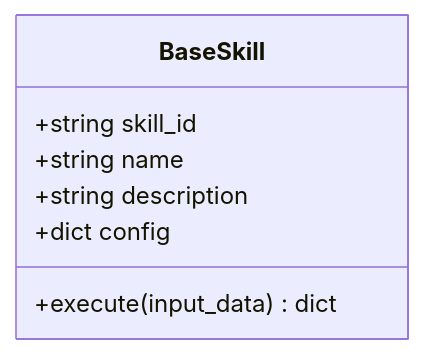
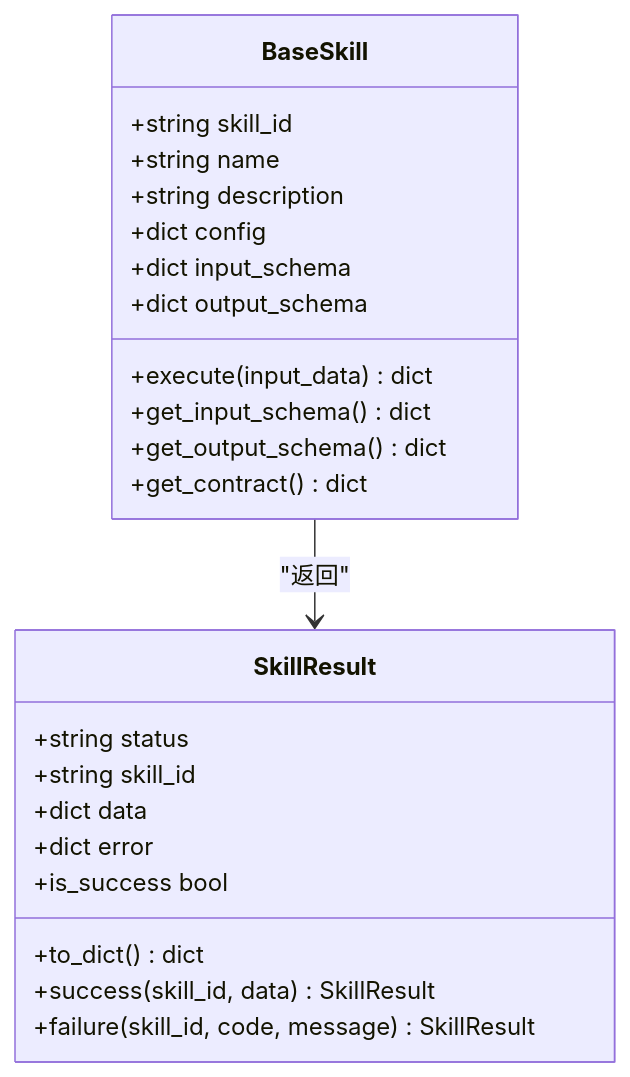
Before and after one commit to sansansansansan2022-web/hotclaw: the third of 8 diagrams in .qoder/repowiki/zh/content/技能系统/技能系统.md, drawn with Mermaid. The commit also changed other lines of this file and 44 other files, not shown here.

````diff
--- a/.qoder/repowiki/zh/content/技能系统/技能系统.md
+++ b/.qoder/repowiki/zh/content/技能系统/技能系统.md
@@ -154,10 +185,26 @@
 ```mermaid
 classDiagram
 class BaseSkill {
 +string skill_id
 +string name
 +string description
 +dict config
++dict input_schema
++dict output_schema
 +execute(input_data) dict
++get_input_schema() dict
++get_output_schema() dict
++get_contract() dict
 }
+class SkillResult {
++string status
++string skill_id
++dict data
++dict error
++to_dict() dict
++is_success bool
++success(skill_id, data) SkillResult
++failure(skill_id, code, message) SkillResult
+}
+BaseSkill --> SkillResult : "返回"
 ```
````
